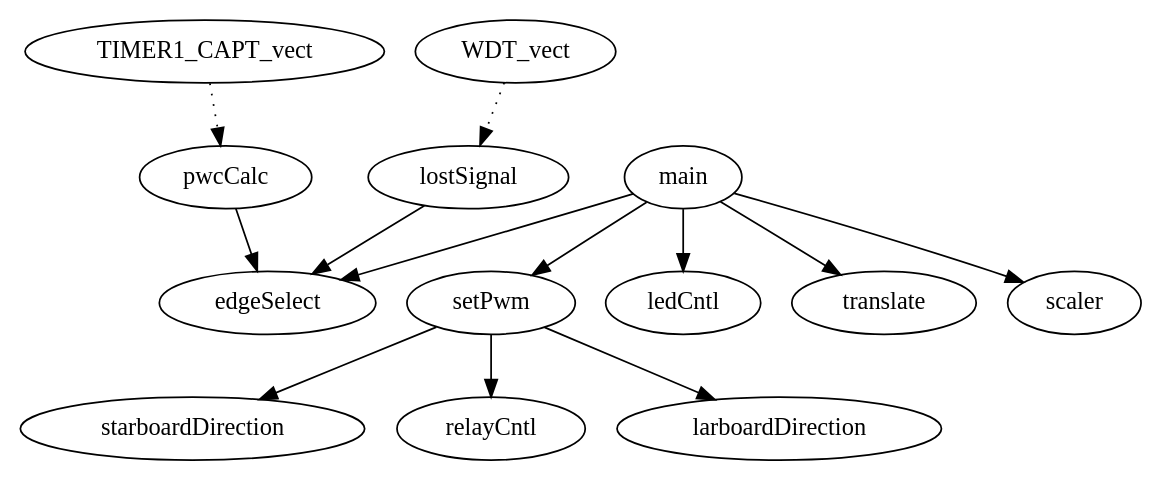
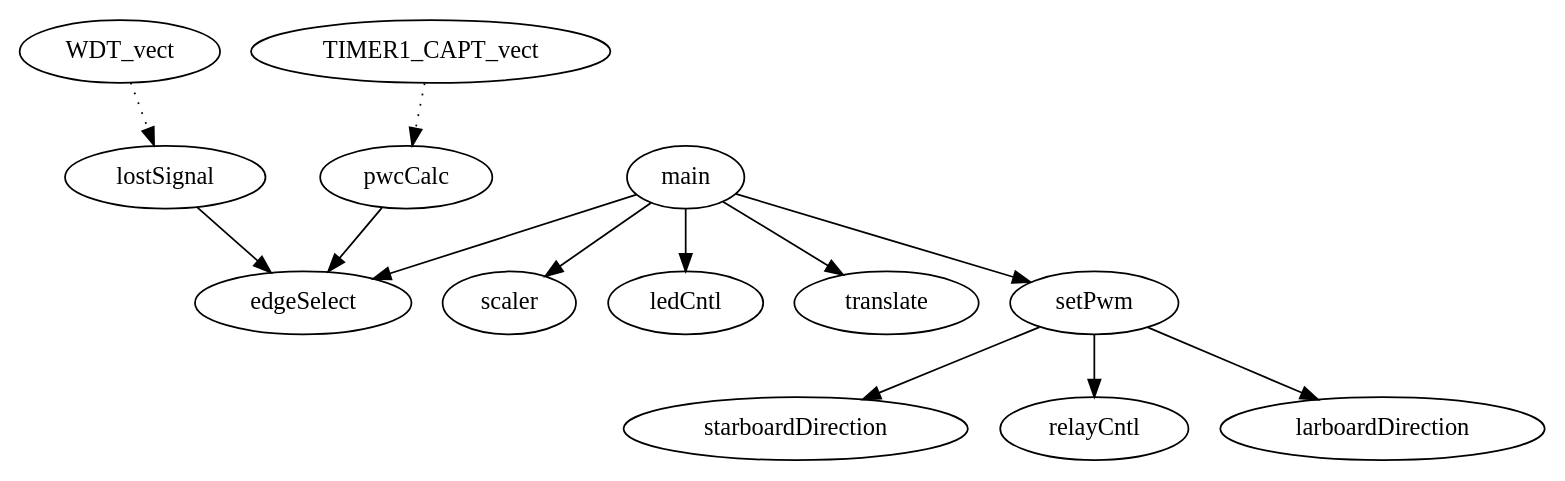
Before and after one commit to bjornburton/champbot: the diagram in Firmware/Propulsion/piruett.dot, drawn with Graphviz. The commit also changed other lines of this file and 7 other files, not shown here.

```diff
--- a/Firmware/Propulsion/piruett.dot
+++ b/Firmware/Propulsion/piruett.dot
@@ -1,14 +1,14 @@
 digraph callgraph {
+"pwcCalc" -> "edgeSelect" [style=solid];
+"TIMER1_CAPT_vect" -> "pwcCalc" [style=dotted];
+"main" -> "scaler" [style=solid];
+"main" -> "ledCntl" [style=solid];
+"main" -> "edgeSelect" [style=solid];
+"main" -> "translate" [style=solid];
+"main" -> "setPwm" [style=solid];
+"WDT_vect" -> "lostSignal" [style=dotted];
 "setPwm" -> "starboardDirection" [style=solid];
 "setPwm" -> "relayCntl" [style=solid];
 "setPwm" -> "larboardDirection" [style=solid];
-"TIMER1_CAPT_vect" -> "pwcCalc" [style=dotted];
-"pwcCalc" -> "edgeSelect" [style=solid];
-"main" -> "edgeSelect" [style=solid];
-"main" -> "setPwm" [style=solid];
-"main" -> "ledCntl" [style=solid];
-"main" -> "translate" [style=solid];
-"main" -> "scaler" [style=solid];
-"WDT_vect" -> "lostSignal" [style=dotted];
 "lostSignal" -> "edgeSelect" [style=solid];
 }
```
